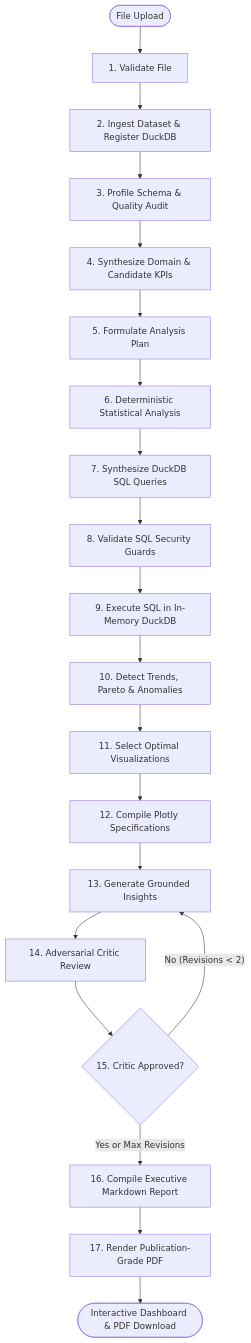
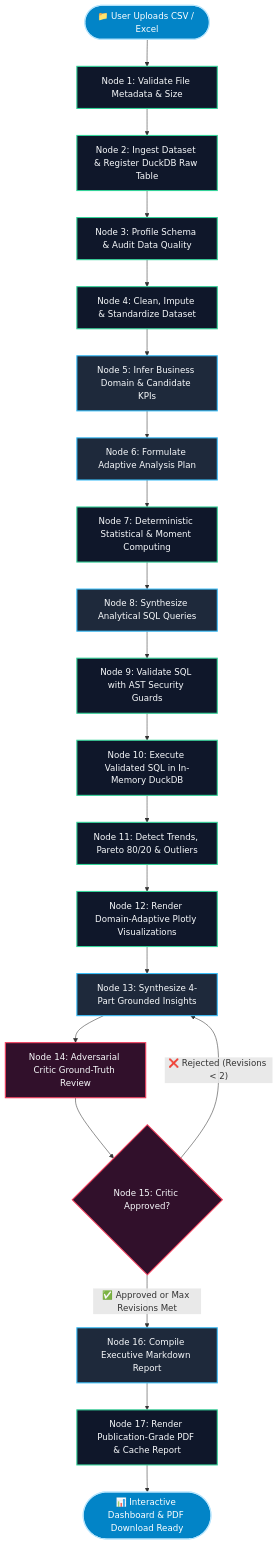
The diagram in README.md (Keval1316/multi-agent-ai-data-analysis-assistant), drawn with Mermaid before and after one commit. The commit also changed other lines of this file, not shown here.

````diff
--- a/README.md
+++ b/README.md
@@ -23,22 +96,34 @@
 ```mermaid
 flowchart TD
-    START([File Upload]) --> N1[1. Validate File]
-    N1 --> N2[2. Ingest Dataset & Register DuckDB]
-    N2 --> N3[3. Profile Schema & Quality Audit]
-    N3 --> N4[4. Synthesize Domain & Candidate KPIs]
-    N4 --> N5[5. Formulate Analysis Plan]
-    N5 --> N6[6. Deterministic Statistical Analysis]
-    N6 --> N7[7. Synthesize DuckDB SQL Queries]
-    N7 --> N8[8. Validate SQL Security Guards]
-    N8 --> N9[9. Execute SQL in In-Memory DuckDB]
-    N9 --> N10[10. Detect Trends, Pareto & Anomalies]
-    N10 --> N11[11. Select Optimal Visualizations]
-    N11 --> N12[12. Compile Plotly Specifications]
-    N12 --> N13[13. Generate Grounded Insights]
-    N13 --> N14[14. Adversarial Critic Review]
-    N14 --> N15{15. Critic Approved?}
-    N15 -- "No (Revisions < 2)" --> N13
-    N15 -- "Yes or Max Revisions" --> N16[16. Compile Executive Markdown Report]
-    N16 --> N17[17. Render Publication-Grade PDF]
-    N17 --> END([Interactive Dashboard & PDF Download])
+    START([📁 User Uploads CSV / Excel]) --> N1[Node 1: Validate File Metadata & Size]
+    N1 --> N2[Node 2: Ingest Dataset & Register DuckDB Raw Table]
+    N2 --> N3[Node 3: Profile Schema & Audit Data Quality]
+    N3 --> N4[Node 4: Clean, Impute & Standardize Dataset]
+    N4 --> N5[Node 5: Infer Business Domain & Candidate KPIs]
+    N5 --> N6[Node 6: Formulate Adaptive Analysis Plan]
+    N6 --> N7[Node 7: Deterministic Statistical & Moment Computing]
+    N7 --> N8[Node 8: Synthesize Analytical SQL Queries]
+    N8 --> N9[Node 9: Validate SQL with AST Security Guards]
+    N9 --> N10[Node 10: Execute Validated SQL in In-Memory DuckDB]
+    N10 --> N11[Node 11: Detect Trends, Pareto 80/20 & Outliers]
+    N11 --> N12[Node 12: Render Domain-Adaptive Plotly Visualizations]
+    N12 --> N13[Node 13: Synthesize 4-Part Grounded Insights]
+    N13 --> N14[Node 14: Adversarial Critic Ground-Truth Review]
+    N14 --> N15{Node 15: Critic Approved?}
+    
+    N15 -- "❌ Rejected (Revisions < 2)" --> N13
+    N15 -- "✅ Approved or Max Revisions Met" --> N16[Node 16: Compile Executive Markdown Report]
+    
+    N16 --> N17[Node 17: Render Publication-Grade PDF & Cache Report]
+    N17 --> END([📊 Interactive Dashboard & PDF Download Ready])
+
+    classDef agent fill:#1e293b,stroke:#38bdf8,stroke-width:2px,color:#f8fafc;
+    classDef determin fill:#0f172a,stroke:#34d399,stroke-width:2px,color:#f8fafc;
+    classDef critic fill:#31102b,stroke:#f43f5e,stroke-width:2px,color:#f8fafc;
+    classDef terminal fill:#0284c7,stroke:#bae6fd,stroke-width:2px,color:#ffffff;
+    
+    class START,END terminal;
+    class N1,N2,N3,N4,N7,N9,N10,N11,N12,N17 determin;
+    class N5,N6,N8,N13,N16 agent;
+    class N14,N15 critic;
 ```
````
